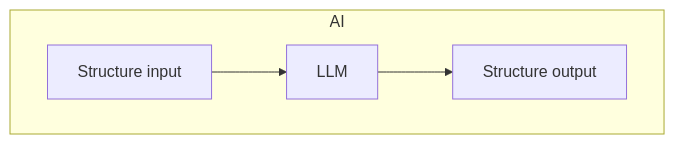
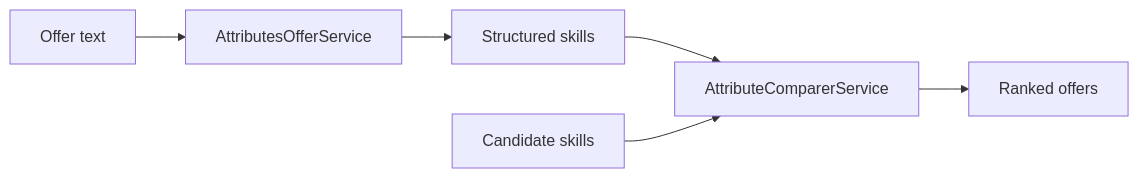
One commit to sebmin/jobseek changed the diagram in Readme.md. Above: the diagram before and after it, drawn with Mermaid. The commit also changed other lines of this file and 6 other files, not shown here.

````diff
--- a/Readme.md
+++ b/Readme.md
@@ -119,7 +19,8 @@
 ```mermaid
 flowchart LR
-  subgraph ai ["AI"]
-    direction LR
-    structureInput["Structure input"] --> llm["LLM"] --> structureOutput["Structure output"]
-  end
+  offer["Offer text"] --> extract["AttributesOfferService"]
+  extract --> skills["Structured skills"]
+  skills --> score["AttributeComparerService"]
+  candidate["Candidate skills"] --> score
+  score --> ranked["Ranked offers"]
 ```
````
